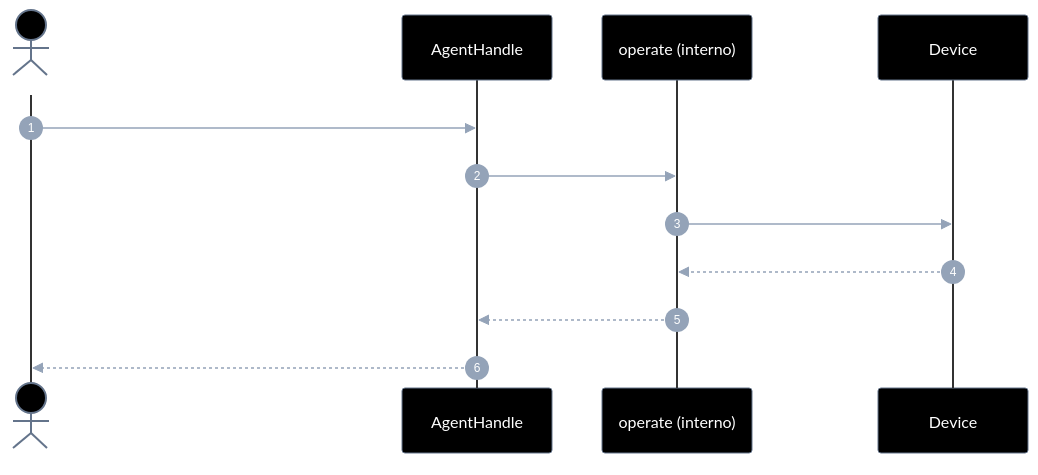
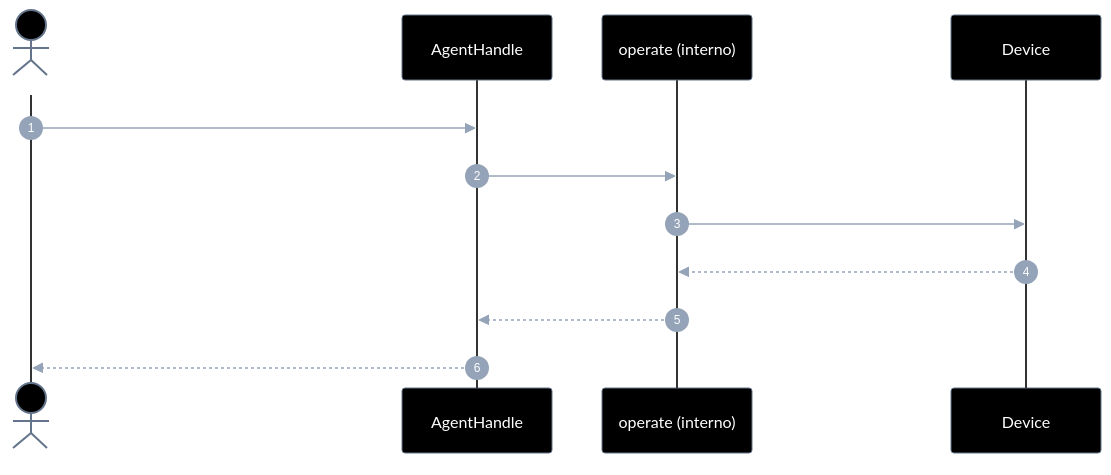
The first of 2 diagrams in screen-robot/implementation-plan/EP-04-operar-tela.md (laerciogermano/workstation), drawn with Mermaid before and after one commit. The commit also changed other lines of this file and 27 other files, not shown here.

First line of the commit message:
Documenta percepção e automação por frame + OCR/visão (sem dump uiautomator).

````diff
--- a/screen-robot/implementation-plan/EP-04-operar-tela.md
+++ b/screen-robot/implementation-plan/EP-04-operar-tela.md
@@ -82,55 +85,55 @@
 ```mermaid
 ---
 config:
   theme: base
   themeVariables:
     darkMode: true
     background: '#000000'
     primaryColor: '#000000'
     primaryTextColor: '#ffffff'
     primaryBorderColor: '#64748b'
     secondaryColor: '#000000'
     secondaryTextColor: '#ffffff'
     secondaryBorderColor: '#64748b'
     tertiaryColor: '#000000'
     tertiaryTextColor: '#ffffff'
     tertiaryBorderColor: '#64748b'
     lineColor: '#64748b'
     textColor: '#ffffff'
     mainBkg: '#000000'
     nodeBorder: '#64748b'
     clusterBkg: '#000000'
     clusterBorder: '#333333'
     titleColor: '#ffffff'
     edgeLabelBackground: '#000000'
     actorBkg: '#000000'
     actorBorder: '#64748b'
     actorTextColor: '#ffffff'
     actorLineColor: '#333333'
     signalColor: '#94a3b8'
     signalTextColor: '#ffffff'
     labelBoxBkgColor: '#000000'
     labelBoxBorderColor: '#64748b'
     labelTextColor: '#ffffff'
     noteBorderColor: '#64748b'
     noteBkgColor: '#111111'
     noteTextColor: '#ffffff'
     activationBorderColor: '#64748b'
     activationBkgColor: '#1a1a1a'
     sequenceNumberColor: '#ffffff'
     classText: '#ffffff'
 ---
 sequenceDiagram
   autonumber
   actor Dev as Caller
   participant H as AgentHandle
   participant O as operate (interno)
   participant D as Device
 
   Dev->>H: launch / tap / type / scroll / screenshot / matchImage
   H->>O: (serial do handle)
-  O->>D: adb shell / screencap / match
+  O->>D: adb shell / capturar frame / match visão
   D-->>O: ok / path / coords
   O-->>H: resultado
   H-->>Dev: void | path | { x, y, confidence }
 ```
````
